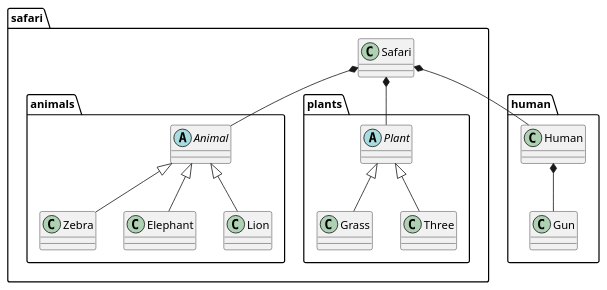
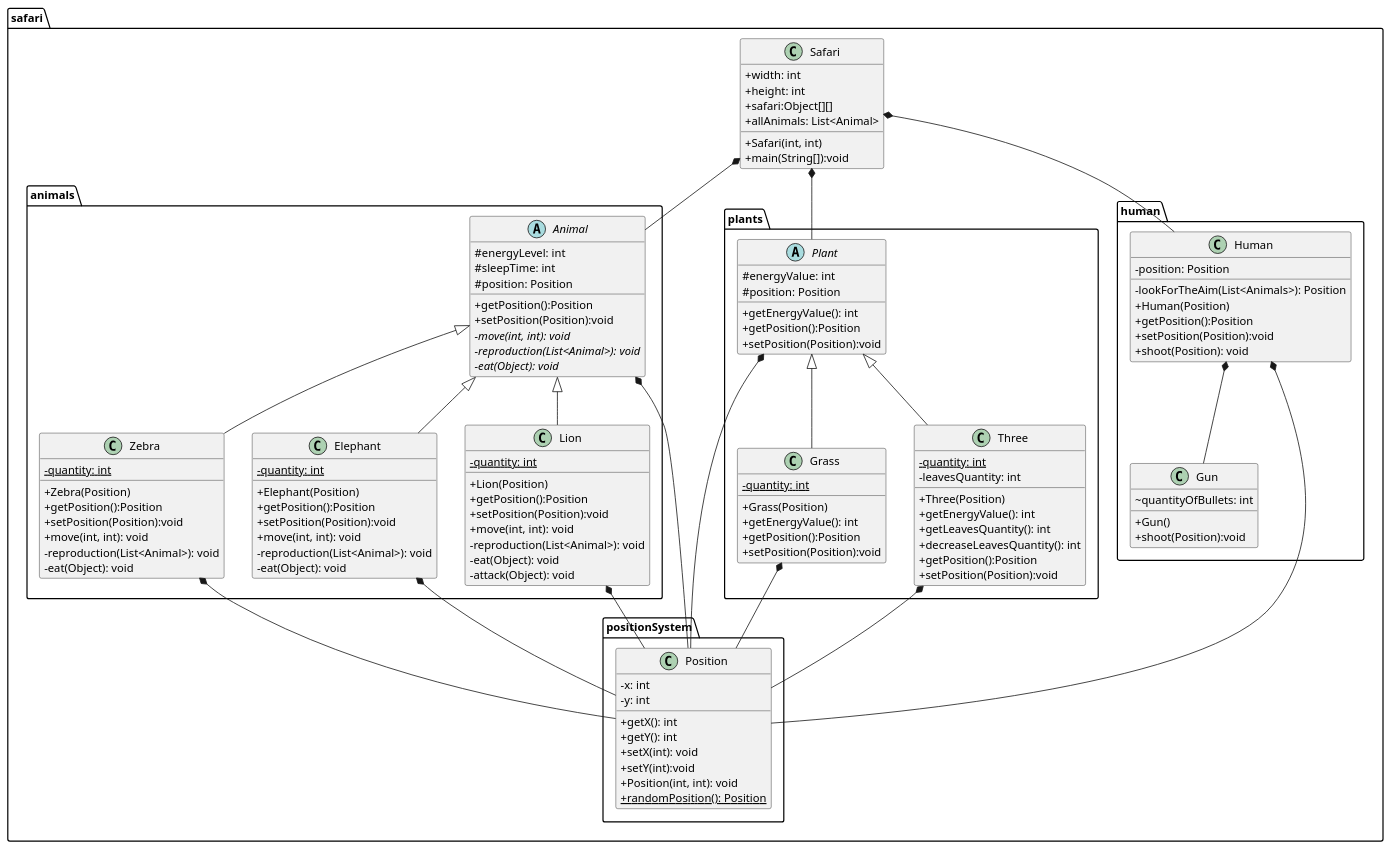
The diagram in src/main/classDiagram.puml (Karolina606/Safari), drawn with PlantUML before and after one commit. The commit also changed 5 other files, not shown here.

Commit message:
extend classDiagram.puml

```diff
--- a/src/main/classDiagram.puml
+++ b/src/main/classDiagram.puml
@@ -1,46 +1,132 @@
 @startuml
 skinparam classAttributeIconSize 0
 
 package safari.animals{
     abstract class Animal{
+        #energyLevel: int
+        #sleepTime: int
+        #position: Position
+        +getPosition():Position
+        +setPosition(Position):void
+        -{abstract}move(int, int): void
+        -{abstract}reproduction(List<Animal>): void
+        -{abstract}eat(Object): void
     }
     class Zebra{
+        -{static}quantity: int
+        +Zebra(Position)
+        +getPosition():Position
+        +setPosition(Position):void
+        +move(int, int): void
+        -reproduction(List<Animal>): void
+        -eat(Object): void
     }
     class Elephant{
+        -{static}quantity: int
+        +Elephant(Position)
+        +getPosition():Position
+        +setPosition(Position):void
+        +move(int, int): void
+        -reproduction(List<Animal>): void
+        -eat(Object): void
     }
     class Lion{
+        -{static}quantity: int
+        +Lion(Position)
+        +getPosition():Position
+        +setPosition(Position):void
+        +move(int, int): void
+        -reproduction(List<Animal>): void
+        -eat(Object): void
+        -attack(Object): void
     }
 
     Animal <|-- Zebra
     Animal <|-- Elephant
     Animal <|-- Lion
 }
 package safari.plants{
     abstract class Plant{
+        #energyValue: int
+        #position: Position
+        +getEnergyValue(): int
+        +getPosition():Position
+        +setPosition(Position):void
     }
     class Grass{
+        -{static}quantity: int
+        +Grass(Position)
+        +getEnergyValue(): int
+        +getPosition():Position
+        +setPosition(Position):void
     }
     class Three{
+        -{static}quantity: int
+        -leavesQuantity: int
+        +Three(Position)
+        +getEnergyValue(): int
+        +getLeavesQuantity(): int
+        +decreaseLeavesQuantity(): int
+        +getPosition():Position
+        +setPosition(Position):void
     }
 
     Plant <|-- Grass
     Plant <|-- Three
 }
 
-package human{
+package safari.human{
     class Human{
+        -position: Position
+        -lookForTheAim(List<Animals>): Position
+        +Human(Position)
+        +getPosition():Position
+        +setPosition(Position):void
+        +shoot(Position): void
     }
     class Gun{
+        ~quantityOfBullets: int
+        +Gun()
+        +shoot(Position):void
     }
     Human *-- Gun
 }
 
 package safari{
     class Safari{
+        +width: int
+        +height: int
+        +safari:Object[][]
+        +allAnimals: List<Animal>
+        +Safari(int, int)
+        +main(String[]):void
     }
+
     Safari *-- Animal
     Safari *-- Plant
     Safari *-- Human
 }
+package safari.positionSystem{
+    class Position{
+        -x: int
+        -y: int
+        +getX(): int
+        +getY(): int
+        +setX(int): void
+        +setY(int):void
+        +Position(int, int): void
+        +{static}randomPosition(): Position
+    }
+
+    Animal *-- Position
+    Zebra *-- Position
+    Elephant *-- Position
+    Lion *-- Position
+
+    Plant *-- Position
+    Grass *-- Position
+    Three *-- Position
+    Human *-- Position
+}
 
 @enduml
```
